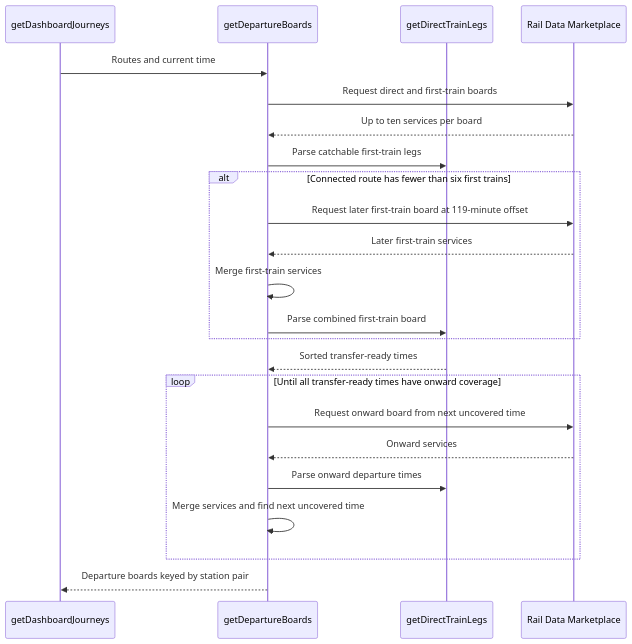
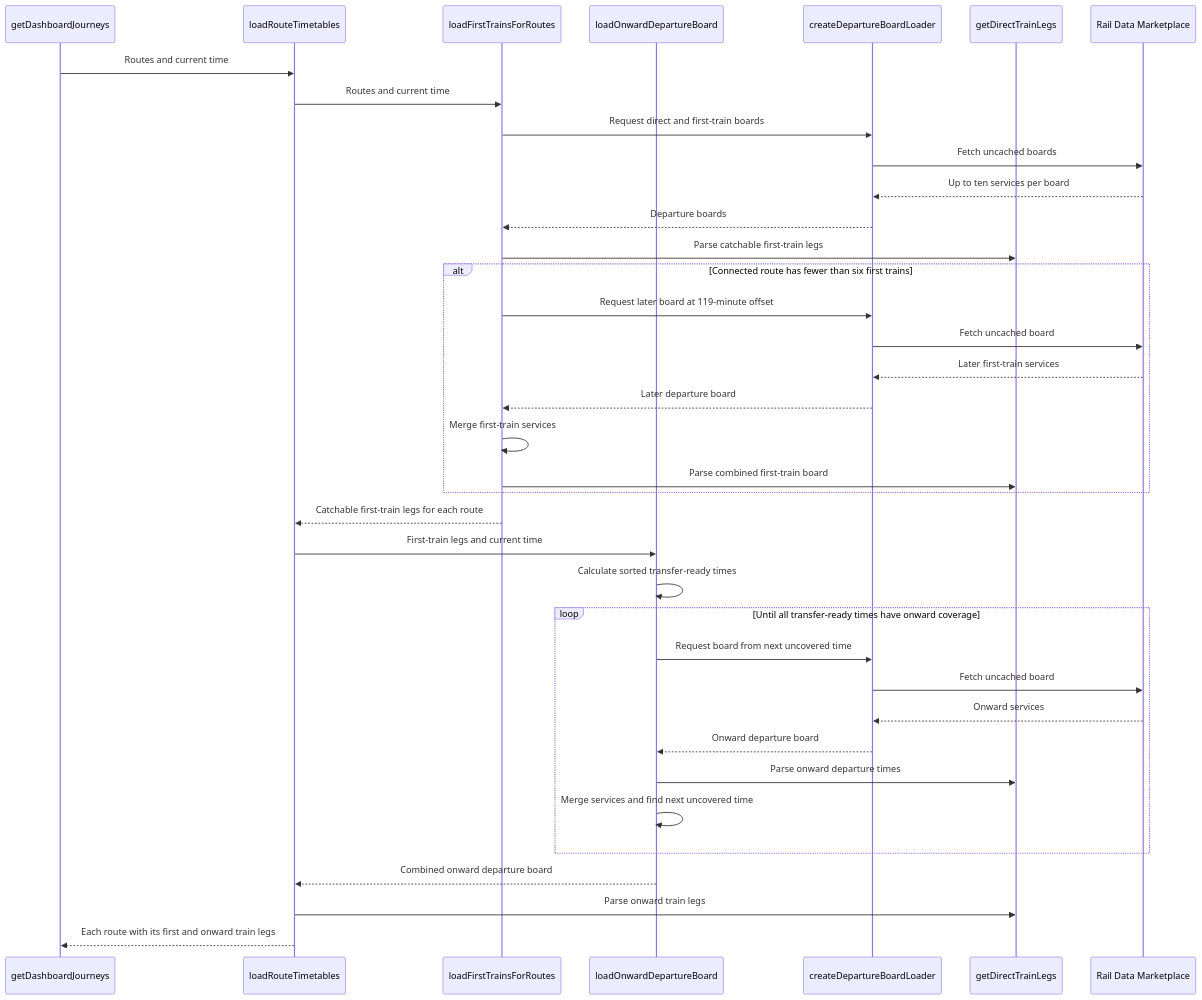
One commit to nd9600/trainDashboard changed the diagram in docs/departure-boards.md. Above: the diagram before and after it, drawn with Mermaid. The commit also changed other lines of this file and 46 other files, not shown here.

````diff
--- a/docs/departure-boards.md
+++ b/docs/departure-boards.md
@@ -7,26 +7,40 @@
 ```mermaid
 sequenceDiagram
     participant Dashboard as getDashboardJourneys
-    participant Boards as getDepartureBoards
+    participant Loader as loadRouteTimetables
+    participant First as loadFirstTrainsForRoutes
+    participant Onward as loadOnwardDepartureBoard
+    participant Requests as createDepartureBoardLoader
     participant Parser as getDirectTrainLegs
     participant API as Rail Data Marketplace
 
-    Dashboard->>Boards: Routes and current time
-    Boards->>API: Request direct and first-train boards
-    API-->>Boards: Up to ten services per board
-    Boards->>Parser: Parse catchable first-train legs
+    Dashboard->>Loader: Routes and current time
+    Loader->>First: Routes and current time
+    First->>Requests: Request direct and first-train boards
+    Requests->>API: Fetch uncached boards
+    API-->>Requests: Up to ten services per board
+    Requests-->>First: Departure boards
+    First->>Parser: Parse catchable first-train legs
     alt Connected route has fewer than six first trains
-        Boards->>API: Request later first-train board at 119-minute offset
-        API-->>Boards: Later first-train services
-        Boards->>Boards: Merge first-train services
-        Boards->>Parser: Parse combined first-train board
+        First->>Requests: Request later board at 119-minute offset
+        Requests->>API: Fetch uncached board
+        API-->>Requests: Later first-train services
+        Requests-->>First: Later departure board
+        First->>First: Merge first-train services
+        First->>Parser: Parse combined first-train board
     end
-    Parser-->>Boards: Sorted transfer-ready times
+    First-->>Loader: Catchable first-train legs for each route
+    Loader->>Onward: First-train legs and current time
+    Onward->>Onward: Calculate sorted transfer-ready times
     loop Until all transfer-ready times have onward coverage
-        Boards->>API: Request onward board from next uncovered time
-        API-->>Boards: Onward services
-        Boards->>Parser: Parse onward departure times
-        Boards->>Boards: Merge services and find next uncovered time
+        Onward->>Requests: Request board from next uncovered time
+        Requests->>API: Fetch uncached board
+        API-->>Requests: Onward services
+        Requests-->>Onward: Onward departure board
+        Onward->>Parser: Parse onward departure times
+        Onward->>Onward: Merge services and find next uncovered time
     end
-    Boards-->>Dashboard: Departure boards keyed by station pair
+    Onward-->>Loader: Combined onward departure board
+    Loader->>Parser: Parse onward train legs
+    Loader-->>Dashboard: Each route with its first and onward train legs
 ```
````
